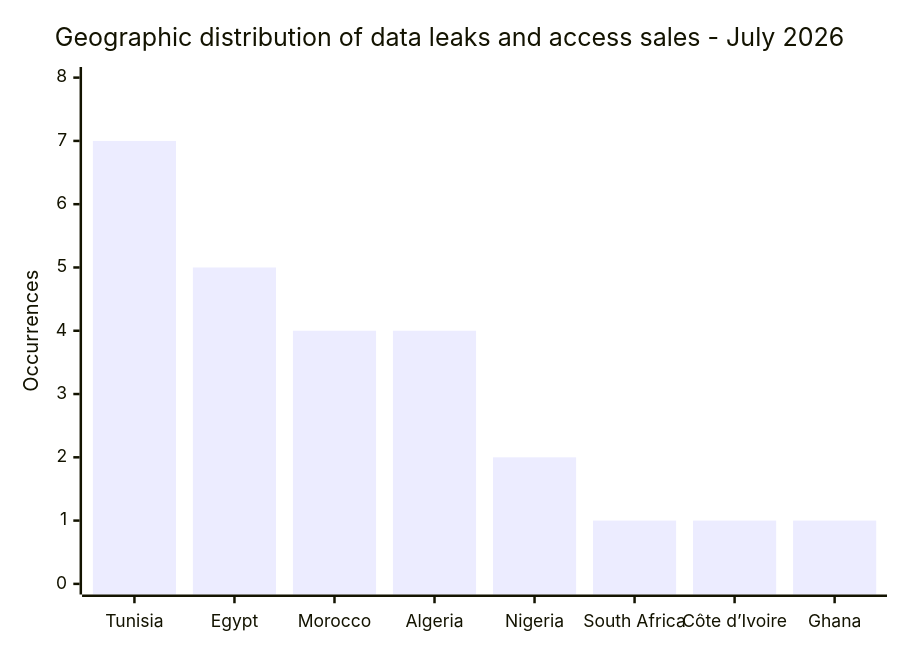
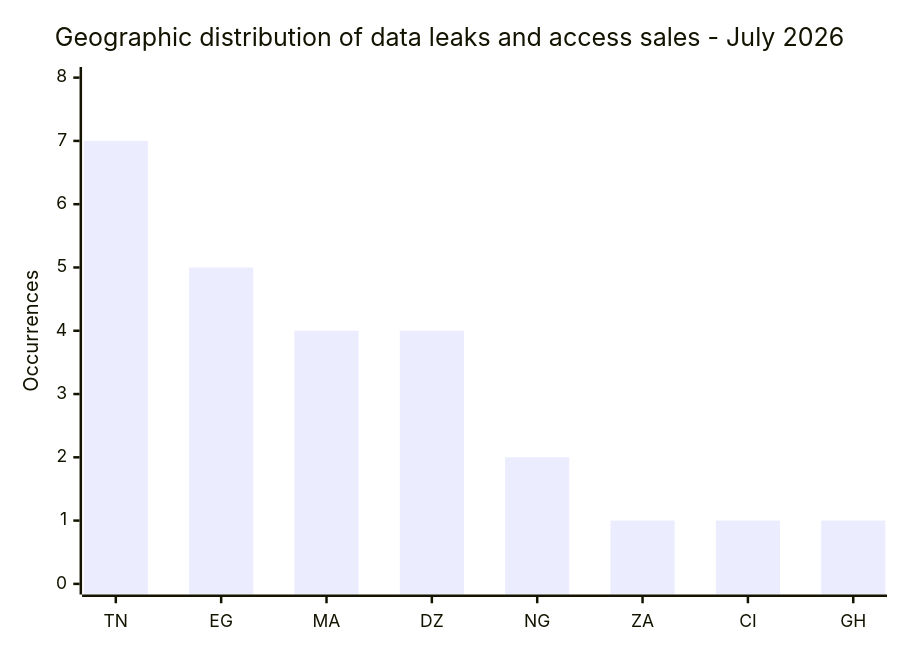
Before and after one commit to Hatchepsoute/AFRINTEL: the fourth of 8 diagrams in CyberAttackAfrica/2026/07-july/README.md, drawn with Mermaid. The commit also changed other lines of this file and 2 other files, not shown here.

```diff
--- a/CyberAttackAfrica/2026/07-july/README.md
+++ b/CyberAttackAfrica/2026/07-july/README.md
@@ -124,7 +128,7 @@
 ~~~mermaid
 xychart-beta
     title "Geographic distribution of data leaks and access sales - July 2026"
-    x-axis ["Tunisia","Egypt","Morocco","Algeria","Nigeria","South Africa","Côte d’Ivoire","Ghana"]
+    x-axis ["TN","EG","MA","DZ","NG","ZA","CI","GH"]
     y-axis "Occurrences" 0 --> 8
     bar [7,5,4,4,2,1,1,1]
 ~~~
```
